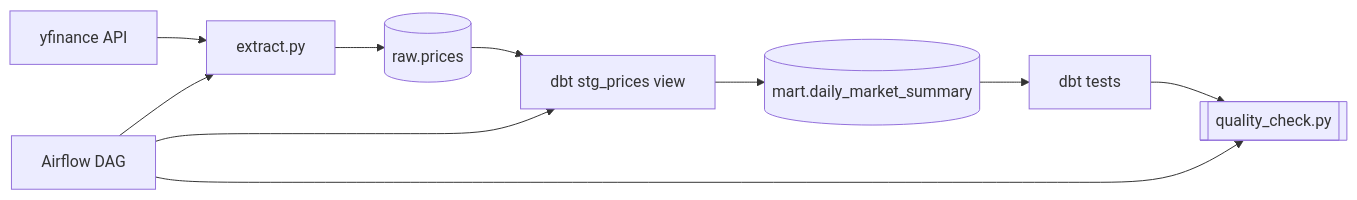
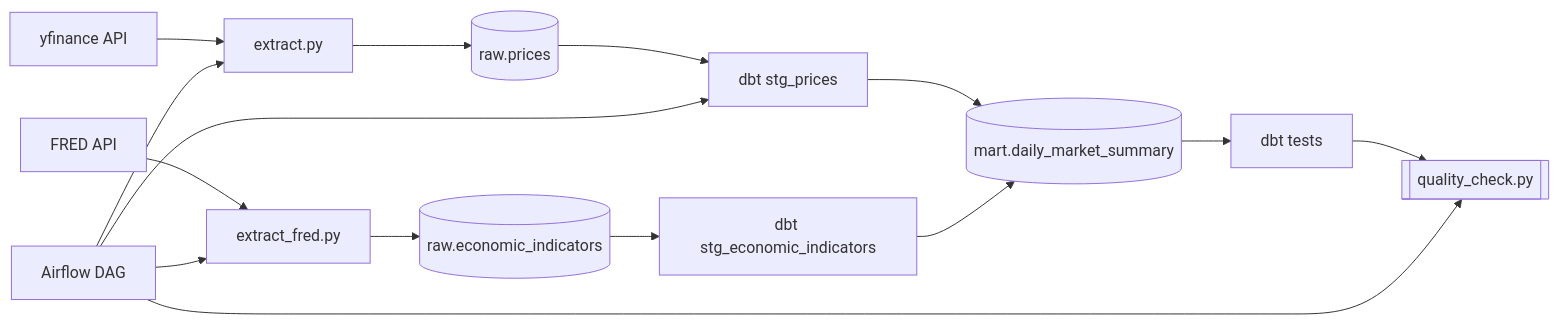
The diagram in README.md (Carteor/trading-bot), drawn with Mermaid before and after one commit. The commit also changed other lines of this file, not shown here.

Commit message:
minor(readme): update readme to show the second data source

````diff
--- a/README.md
+++ b/README.md
@@ -7,13 +9,17 @@
 ```mermaid
 graph LR
     A[yfinance API] --> B[extract.py]
-    B --> C[(raw.prices)]
-    C --> D[dbt stg_prices view]
-    D --> E[(mart.daily_market_summary)]
-    E --> F[dbt tests]
-    F --> G[[quality_check.py]]
-
-    H[Airflow DAG] --> B
-    H --> D
-    H --> G
+    C[FRED API] --> D[extract_fred.py]
+    B --> E[(raw.prices)]
+    D --> F[(raw.economic_indicators)]
+    E --> G[dbt stg_prices]
+    F --> H[dbt stg_economic_indicators]
+    G --> I[(mart.daily_market_summary)]
+    H --> I
+    I --> J[dbt tests]
+    J --> K[[quality_check.py]]
+    L[Airflow DAG] --> B
+    L --> D
+    L --> G
+    L --> K
 ```
````
